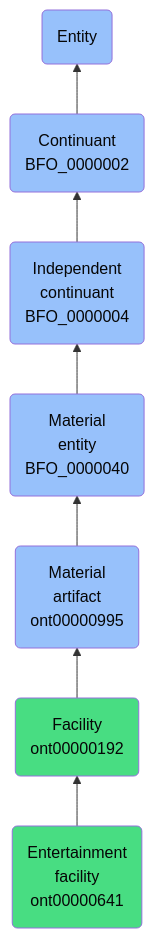
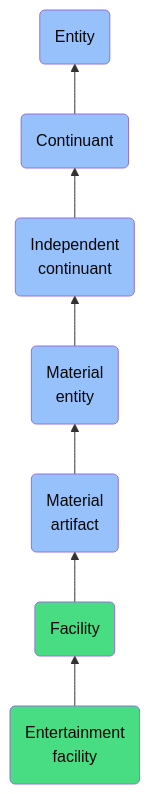
One commit to jupyter-naas/abi changed the diagram in docs/ontology/reference/model/Entity/Continuant/Independent continuant/Material entity/Material artifact/Facility/Entertainment facility/Entertainment facility.md. Above: the diagram before and after it, drawn with Mermaid. The commit also changed other lines of this file and 1430 other files, not shown here.

````diff
--- a/docs/ontology/reference/model/Entity/Continuant/Independent continuant/Material entity/Material artifact/Facility/Entertainment facility/Entertainment facility.md
+++ b/docs/ontology/reference/model/Entity/Continuant/Independent continuant/Material entity/Material artifact/Facility/Entertainment facility/Entertainment facility.md
@@ -24,14 +24,14 @@
 ```mermaid
 graph BT
-    ont00000641(Entertainment<br>facility<br>ont00000641):::ABI-->ont00000192
-    ont00000192(Facility<br>ont00000192):::ABI-->ont00000995
-    ont00000995(Material<br>artifact<br>ont00000995):::BFO-->BFO_0000040
-    BFO_0000040(Material<br>entity<br>BFO_0000040):::BFO-->BFO_0000004
-    BFO_0000004(Independent<br>continuant<br>BFO_0000004):::BFO-->BFO_0000002
-    BFO_0000002(Continuant<br>BFO_0000002):::BFO-->BFO_0000001
+    ont00000641(Entertainment<br>facility):::ABI-->ont00000192
+    ont00000192(Facility):::ABI-->ont00000995
+    ont00000995(Material<br>artifact):::BFO-->BFO_0000040
+    BFO_0000040(Material<br>entity):::BFO-->BFO_0000004
+    BFO_0000004(Independent<br>continuant):::BFO-->BFO_0000002
+    BFO_0000002(Continuant):::BFO-->BFO_0000001
     BFO_0000001(Entity):::BFO
     
     classDef BFO fill:#97c1fb,color:#060606
     classDef CCO fill:#e4c51e,color:#060606
     classDef ABI fill:#48DD82,color:#060606
 ```
````
